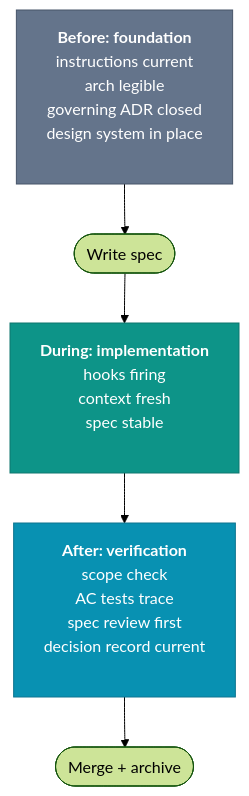
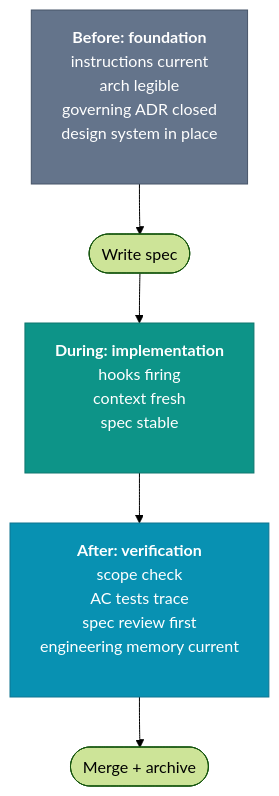
The diagram in content/quality/checkpoints.md (intent-engineering-for-coding-agents/book), drawn with Mermaid (forest theme) before and after one commit. The commit also changed other lines of this file and 7 other files, not shown here.

Commit message:
Add engineering memory synchronization loop

````diff
--- a/content/quality/checkpoints.md
+++ b/content/quality/checkpoints.md
@@ -49,11 +55,11 @@
 ```mermaid
 graph TD
     classDef before fill:#64748b,stroke:#475569,color:#fff
     classDef during fill:#0d9488,stroke:#0f766e,color:#fff
     classDef after fill:#0891b2,stroke:#0e7490,color:#fff
 
     B["<b>Before: foundation</b><br/>instructions current<br/>arch legible<br/>governing ADR closed<br/>design system in place<br/>&nbsp;"]:::before --> W(["Write spec"])
     W --> D["<b>During: implementation</b><br/>hooks firing<br/>context fresh<br/>spec stable<br/>&nbsp;"]:::during
-    D --> A["<b>After: verification</b><br/>scope check<br/>AC tests trace<br/>spec review first<br/>decision record current<br/>&nbsp;"]:::after
+    D --> A["<b>After: verification</b><br/>scope check<br/>AC tests trace<br/>spec review first<br/>engineering memory current<br/>&nbsp;"]:::after
     A --> M(["Merge + archive"])
 ```
````
